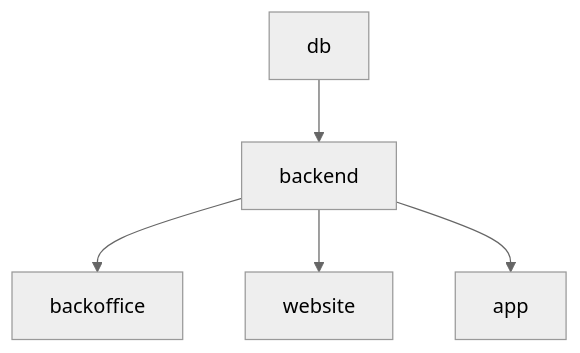
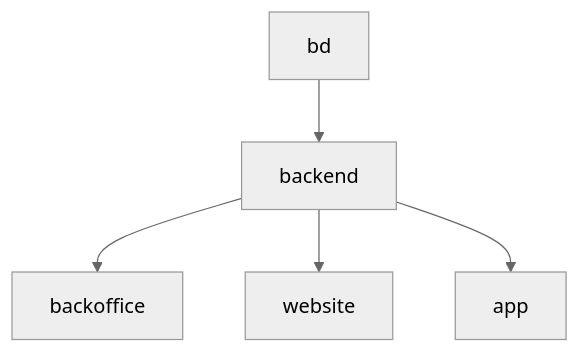
One commit to alexandre97costa/pi4 changed the diagram in README.md. Above: the diagram before and after it, drawn with Mermaid (neutral theme). The commit also changed other lines of this file, not shown here.

Commit message:
Update README.md
Não mexo mais

````diff
--- a/README.md
+++ b/README.md
@@ -8,7 +8,7 @@
 ```mermaid
     graph TD;
-        db-->backend;
+        bd-->backend;
         backend-->backoffice;
         backend-->website;
         backend-->app;
 ```
````
